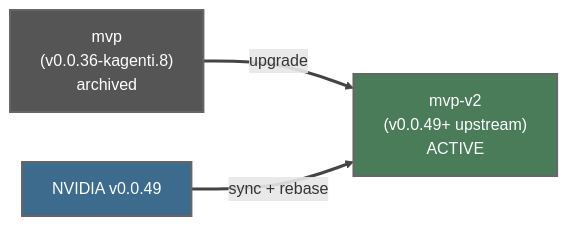
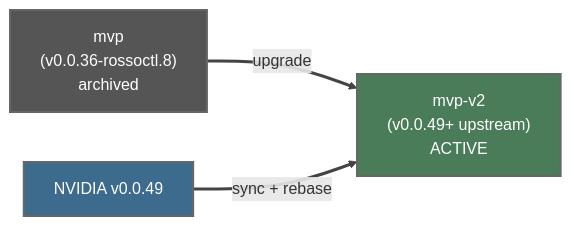
The second of 2 diagrams in docs/research/openshell-fork-analysis.md (kagenti/kagenti), drawn with Mermaid before and after one commit. The commit also changed other lines of this file and 1316 other files, not shown here.

First line of the commit message:
⚠️ Rename Kagenti → Rossoctl across the flagship repo (→ rossoctl)

````diff
--- a/docs/research/openshell-fork-analysis.md
+++ b/docs/research/openshell-fork-analysis.md
@@ -242,11 +242,11 @@
 ```mermaid
 flowchart LR
-    MVP["mvp\n(v0.0.36-kagenti.8)\narchived"] -->|"upgrade"| MVPV2["mvp-v2\n(v0.0.49+ upstream)\nACTIVE"]
+    MVP["mvp\n(v0.0.36-rossoctl.8)\narchived"] -->|"upgrade"| MVPV2["mvp-v2\n(v0.0.49+ upstream)\nACTIVE"]
     NVIDIA["NVIDIA v0.0.49"] -->|"sync + rebase"| MVPV2
 
     style MVP fill:#555,color:#fff,stroke:#666,stroke-width:2px
     style MVPV2 fill:#4a7c59,color:#fff,stroke:#666,stroke-width:2px
     style NVIDIA fill:#3d6b8e,color:#fff,stroke:#666,stroke-width:2px
 
     linkStyle default stroke:#444,stroke-width:3px
 ```
````
